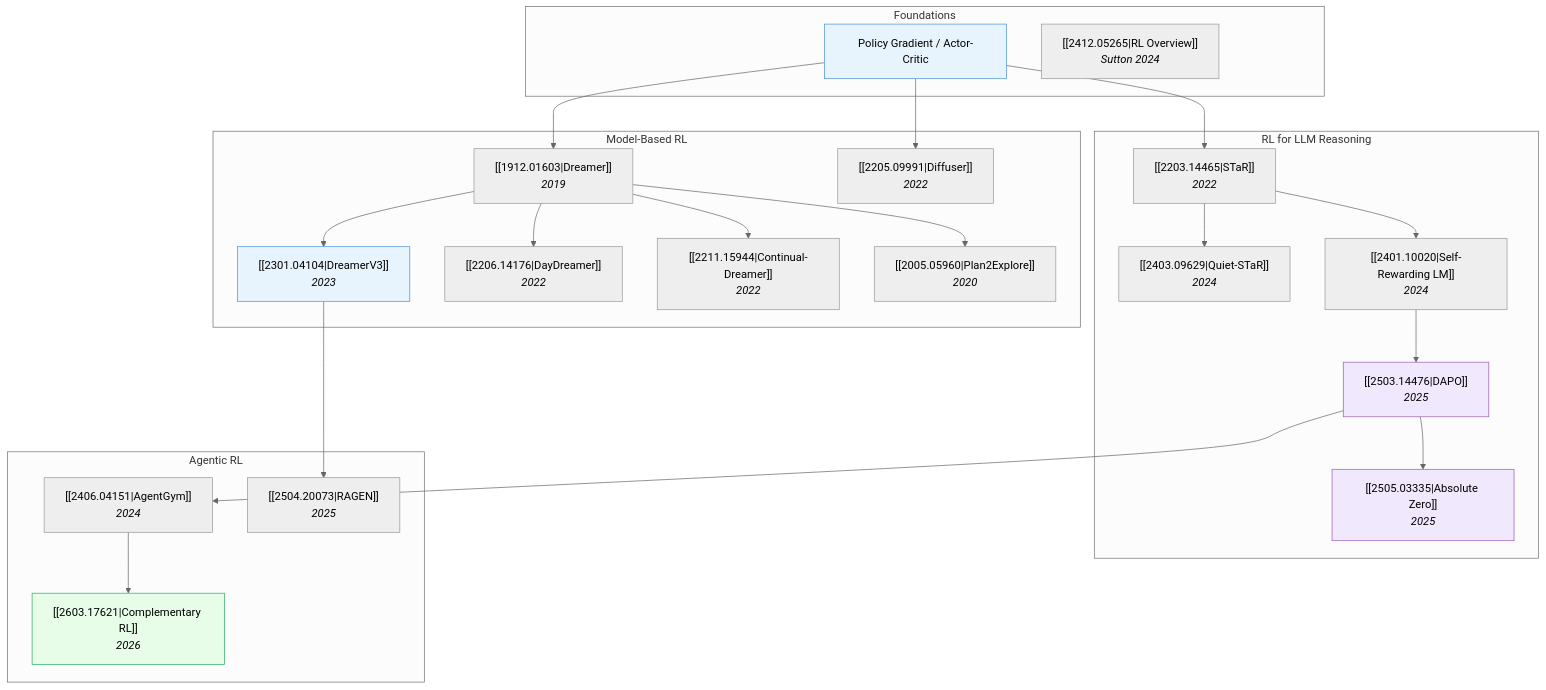
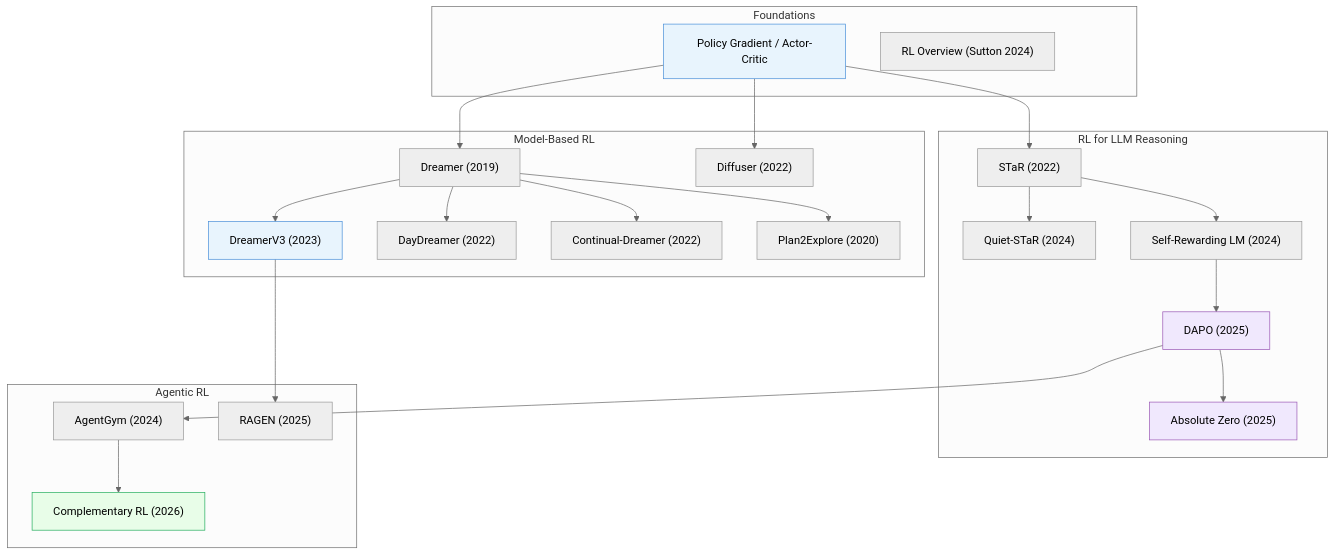
The diagram in General/04_Reinforcement-Learning.md (ChuaHanChong/ResearchBrain), drawn with Mermaid (neutral theme) before and after one commit. The commit also changed other lines of this file and 53 other files, not shown here.

````diff
--- a/General/04_Reinforcement-Learning.md
+++ b/General/04_Reinforcement-Learning.md
@@ -20,51 +20,51 @@
 ```mermaid
 graph TD
     subgraph "Foundations"
         A["Policy Gradient / Actor-Critic"]
-        B["[[2412.05265|RL Overview]]<br/><i>Sutton 2024</i>"]
+        B["RL Overview (Sutton 2024)"]
     end
 
     subgraph "Model-Based RL"
-        C["[[1912.01603|Dreamer]]<br/><i>2019</i>"]
-        D["[[2301.04104|DreamerV3]]<br/><i>2023</i>"]
-        E["[[2206.14176|DayDreamer]]<br/><i>2022</i>"]
-        F["[[2211.15944|Continual-Dreamer]]<br/><i>2022</i>"]
-        G["[[2005.05960|Plan2Explore]]<br/><i>2020</i>"]
-        H["[[2205.09991|Diffuser]]<br/><i>2022</i>"]
+        C["Dreamer (2019)"]
+        D["DreamerV3 (2023)"]
+        E["DayDreamer (2022)"]
+        F["Continual-Dreamer (2022)"]
+        G["Plan2Explore (2020)"]
+        H["Diffuser (2022)"]
     end
 
     subgraph "RL for LLM Reasoning"
-        I["[[2203.14465|STaR]]<br/><i>2022</i>"]
-        J["[[2403.09629|Quiet-STaR]]<br/><i>2024</i>"]
-        K["[[2401.10020|Self-Rewarding LM]]<br/><i>2024</i>"]
-        L["[[2503.14476|DAPO]]<br/><i>2025</i>"]
-        M["[[2505.03335|Absolute Zero]]<br/><i>2025</i>"]
+        I["STaR (2022)"]
+        J["Quiet-STaR (2024)"]
+        K["Self-Rewarding LM (2024)"]
+        L["DAPO (2025)"]
+        M["Absolute Zero (2025)"]
     end
 
     subgraph "Agentic RL"
-        N["[[2406.04151|AgentGym]]<br/><i>2024</i>"]
-        O["[[2504.20073|RAGEN]]<br/><i>2025</i>"]
-        P["[[2603.17621|Complementary RL]]<br/><i>2026</i>"]
+        N["AgentGym (2024)"]
+        O["RAGEN (2025)"]
+        P["Complementary RL (2026)"]
     end
 
     A --> C
     C --> D
     C --> E
     C --> F
     C --> G
     A --> H
     A --> I
     I --> J
     I --> K
     K --> L
     L --> M
     D --> O
     L --> N
     N --> P
 
     style A fill:#e8f4fd,stroke:#4a90d9
     style D fill:#e8f4fd,stroke:#4a90d9
     style L fill:#f0e8fd,stroke:#9b59b6
     style M fill:#f0e8fd,stroke:#9b59b6
     style P fill:#e8fde8,stroke:#27ae60
 ```
````
